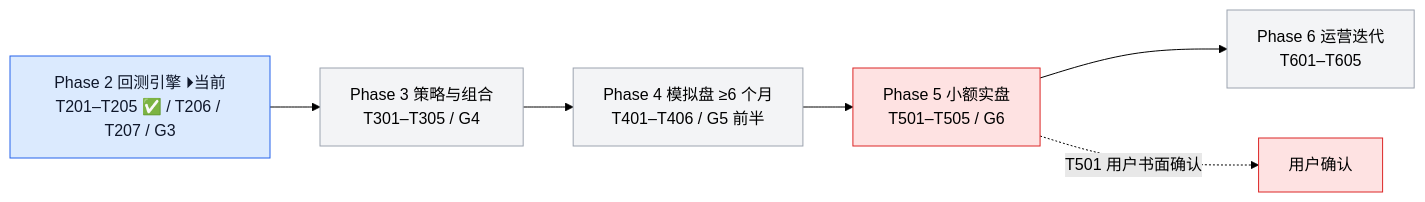
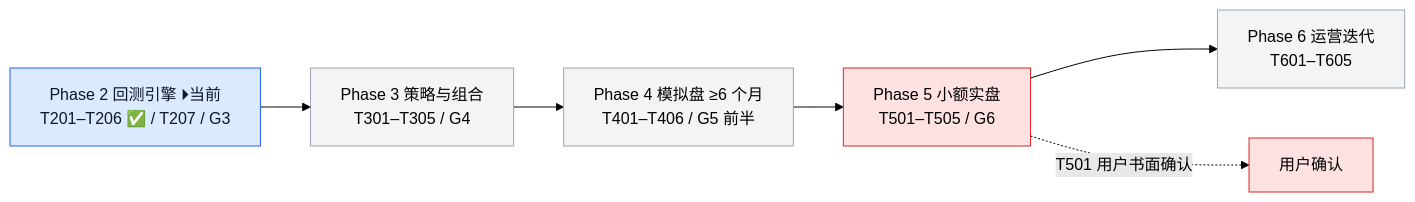
One commit to YZml1507/FinAI2.0 changed the fourth of 4 diagrams in docs/project_status_flowchart.md. Above: the diagram before and after it, drawn with Mermaid (forest theme). The commit also changed other lines of this file and 3 other files, not shown here.

Commit message:
docs: T206 状态标记 — CLAUDE.md §0/§5/§7 + spec 快照 + 流程图（T206 ✅ + T205 Calmar 补丁 / 394 绿 / 当前位 T207）

````diff
--- a/docs/project_status_flowchart.md
+++ b/docs/project_status_flowchart.md
@@ -74,14 +74,14 @@
 ```mermaid
 flowchart LR
-  P2[Phase 2 回测引擎 ⏵当前<br/>T201–T205 ✅ / T206 / T207 / G3] --> P3[Phase 3 策略与组合<br/>T301–T305 / G4]
+  P2[Phase 2 回测引擎 ⏵当前<br/>T201–T206 ✅ / T207 / G3] --> P3[Phase 3 策略与组合<br/>T301–T305 / G4]
   P3 --> P4[Phase 4 模拟盘 ≥6 个月<br/>T401–T406 / G5 前半]
   P4 --> P5[Phase 5 小额实盘<br/>T501–T505 / G6]
   P5 --> P6[Phase 6 运营迭代<br/>T601–T605]
   P5 -.->|T501 用户书面确认| USER[用户确认]
   style P2 fill:#dbeafe,stroke:#2563eb,color:#0f172a
   style P3 fill:#f3f4f6,stroke:#9ca3af
   style P4 fill:#f3f4f6,stroke:#9ca3af
   style P5 fill:#fee2e2,stroke:#dc2626
   style P6 fill:#f3f4f6,stroke:#9ca3af
   style USER fill:#fee2e2,stroke:#dc2626
 ```
````
